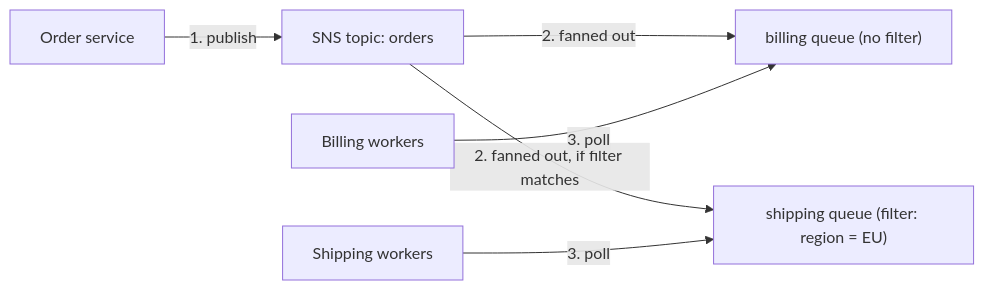
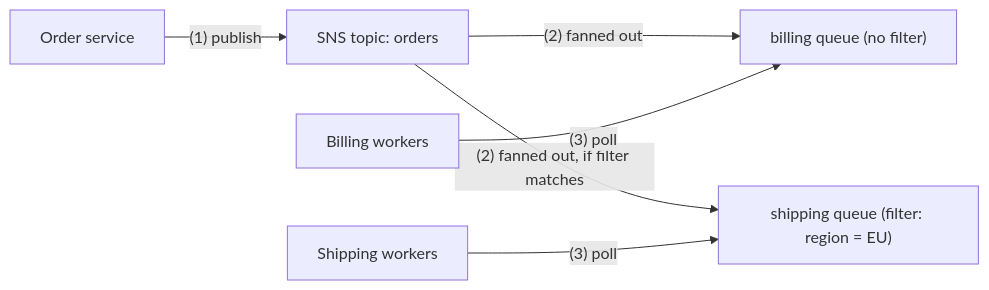
One commit to firmanains/Belajar changed the second of 2 diagrams in AWS/SAA/decoupling/sns-and-fan-out.md. Above: the diagram before and after it, drawn with Mermaid. The commit also changed 14 other files, not shown here.

First line of the commit message:
Fix Mermaid labels that rendered as "Unsupported markdown"

````diff
--- a/AWS/SAA/decoupling/sns-and-fan-out.md
+++ b/AWS/SAA/decoupling/sns-and-fan-out.md
@@ -59,14 +59,14 @@
 ```mermaid
 flowchart LR
   pub["Order service"]
   topic["SNS topic: orders"]
   qb["billing queue (no filter)"]
   qs["shipping queue (filter: region = EU)"]
   wb["Billing workers"]
   ws["Shipping workers"]
-  pub -->|1. publish| topic
-  topic -->|2. fanned out| qb
-  topic -->|2. fanned out, if filter matches| qs
-  wb -->|3. poll| qb
-  ws -->|3. poll| qs
+  pub -->|"(1) publish"| topic
+  topic -->|"(2) fanned out"| qb
+  topic -->|"(2) fanned out, if filter matches"| qs
+  wb -->|"(3) poll"| qb
+  ws -->|"(3) poll"| qs
 ```
````
